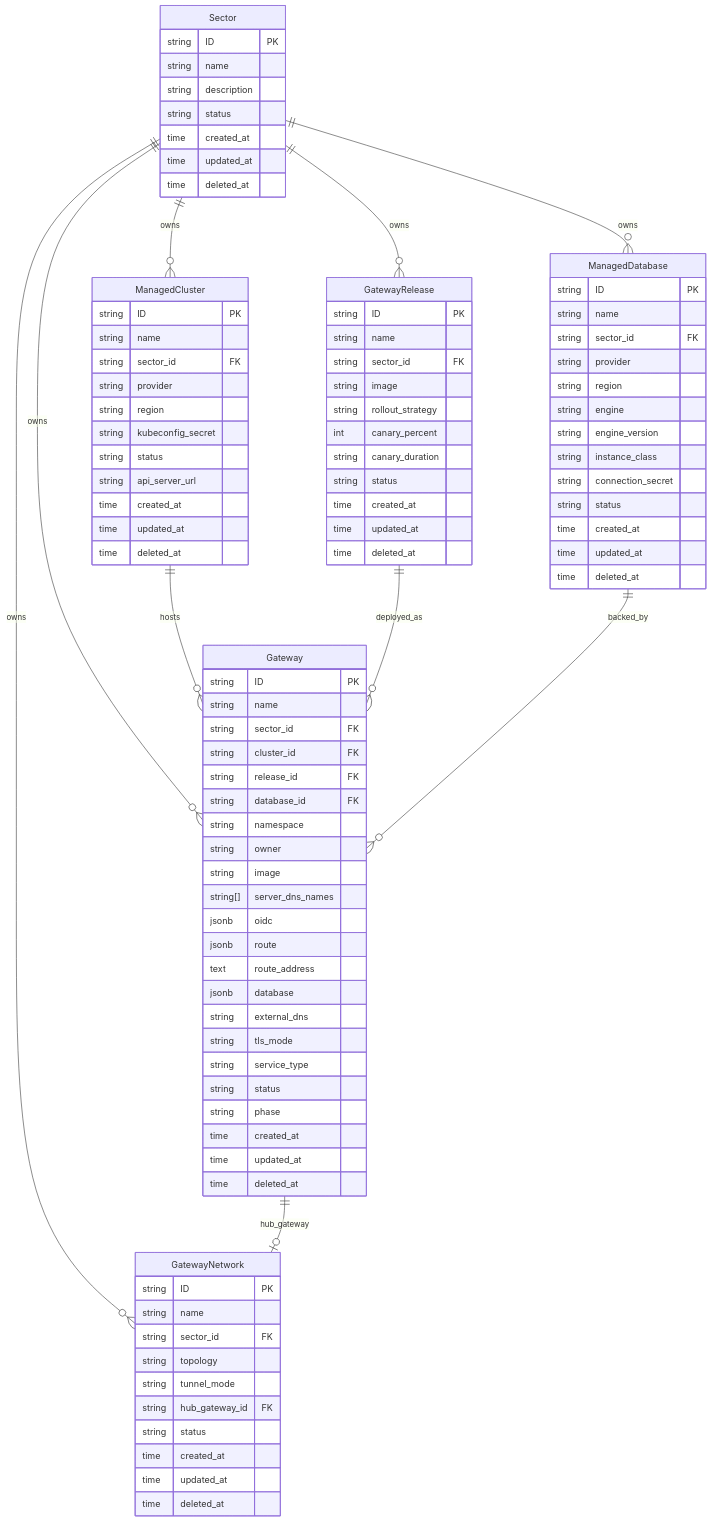
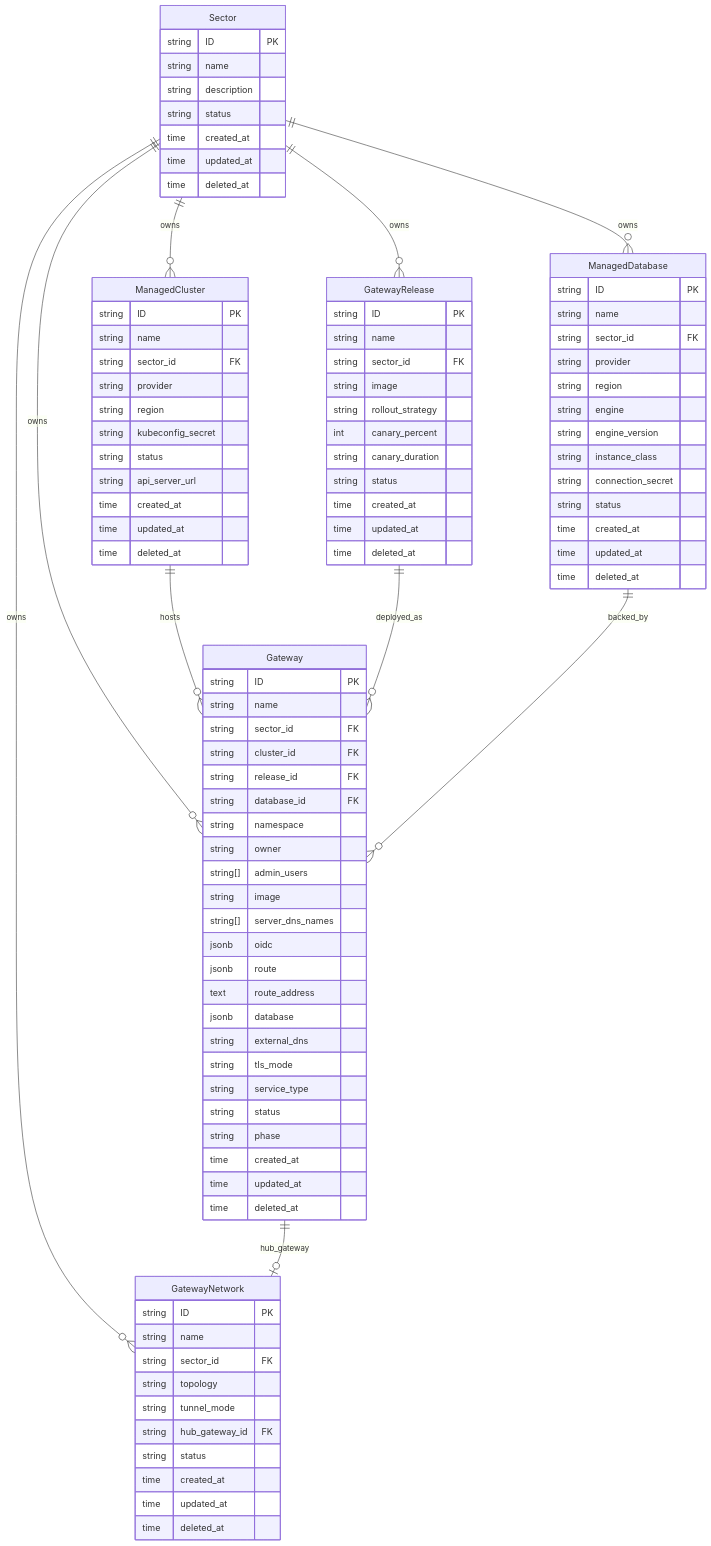
One commit to openshift-online/hypershell changed the diagram in specs/platform/data-model.spec.md. Above: the diagram before and after it, drawn with Mermaid. The commit also changed other lines of this file and 2 other files, not shown here.

Commit message:
spec(platform): add admin_users field for explicit admin role assignment
Replace implicit admin assignment from JWT sub with an explicit
admin_users field on the gateway create request. The UI auto-populates
it with the authenticated user's identity; programmatic callers (CI,
hsctl, curl) provide it explicitly. All users in the list must exist
in Keycloak or provisioning fails with a rollback.

```diff
--- a/specs/platform/data-model.spec.md
+++ b/specs/platform/data-model.spec.md
@@ -82,6 +82,7 @@
         string database_id FK
         string namespace
         string owner
+        string[] admin_users
         string image
         string[] server_dns_names
         jsonb oidc
```
